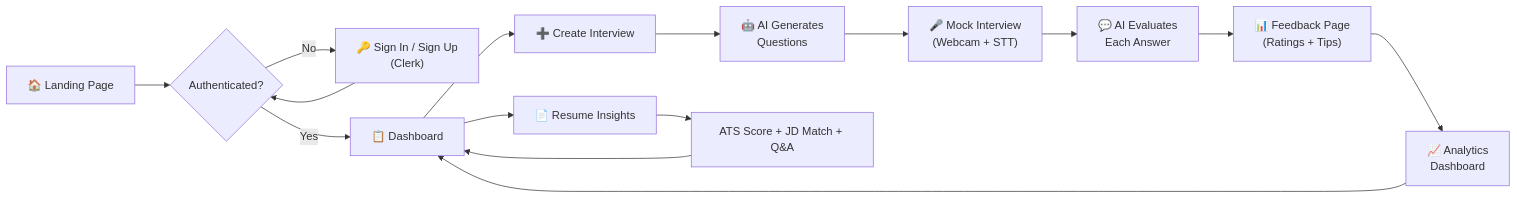
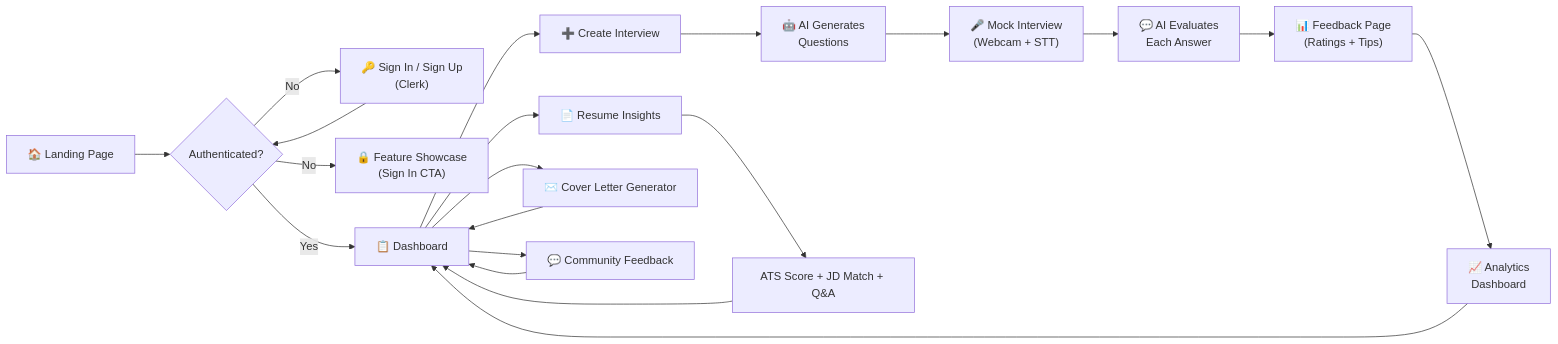
One commit to anant5441/Ai-Mock-Interview changed the second of 2 diagrams in README.md. Above: the diagram before and after it, drawn with Mermaid. The commit also changed other lines of this file and 1 other file, not shown here.

````diff
--- a/README.md
+++ b/README.md
@@ -246,17 +263,22 @@
 ```mermaid
 flowchart LR
     A["🏠 Landing Page"] --> B{"Authenticated?"}
     B -->|No| C["🔑 Sign In / Sign Up<br/>(Clerk)"]
+    B -->|No| F2["🔒 Feature Showcase<br/>(Sign In CTA)"]
     C --> B
     B -->|Yes| D["📋 Dashboard"]
     D --> E["➕ Create Interview"]
     E --> F["🤖 AI Generates<br/>Questions"]
     F --> G["🎤 Mock Interview<br/>(Webcam + STT)"]
     G --> H["💬 AI Evaluates<br/>Each Answer"]
     H --> I["📊 Feedback Page<br/>(Ratings + Tips)"]
     I --> J["📈 Analytics<br/>Dashboard"]
     J --> D
     D --> K["📄 Resume Insights"]
     K --> L["ATS Score + JD Match + Q&A"]
     L --> D
+    D --> M["✉️ Cover Letter Generator"]
+    M --> D
+    D --> N["💬 Community Feedback"]
+    N --> D
 ```
````
